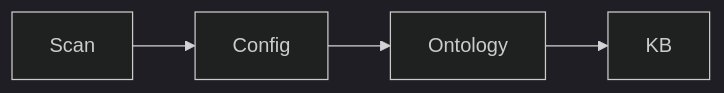
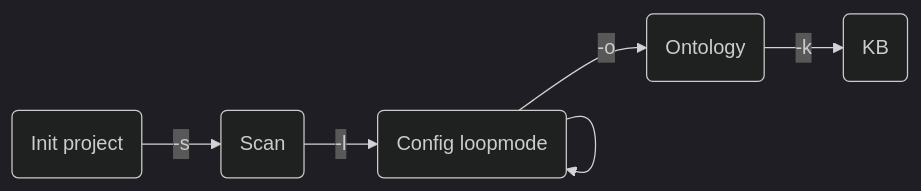
One commit to jmasclef/ontology_prototyper changed the diagram in README.md. Above: the diagram before and after it, drawn with Mermaid (dark theme). The commit also changed other lines of this file, not shown here.

````diff
--- a/README.md
+++ b/README.md
@@ -13,4 +13,8 @@
 ```mermaid
 graph LR
-Scan --> Config --> Ontology --> KB;
+A(Init project) -- "-s" --> B(Scan)
+B -- -l --> C(Config loopmode)
+C -- -o --> D(Ontology)
+D -- -k --> E(KB)
+C --> C
 ```
````
